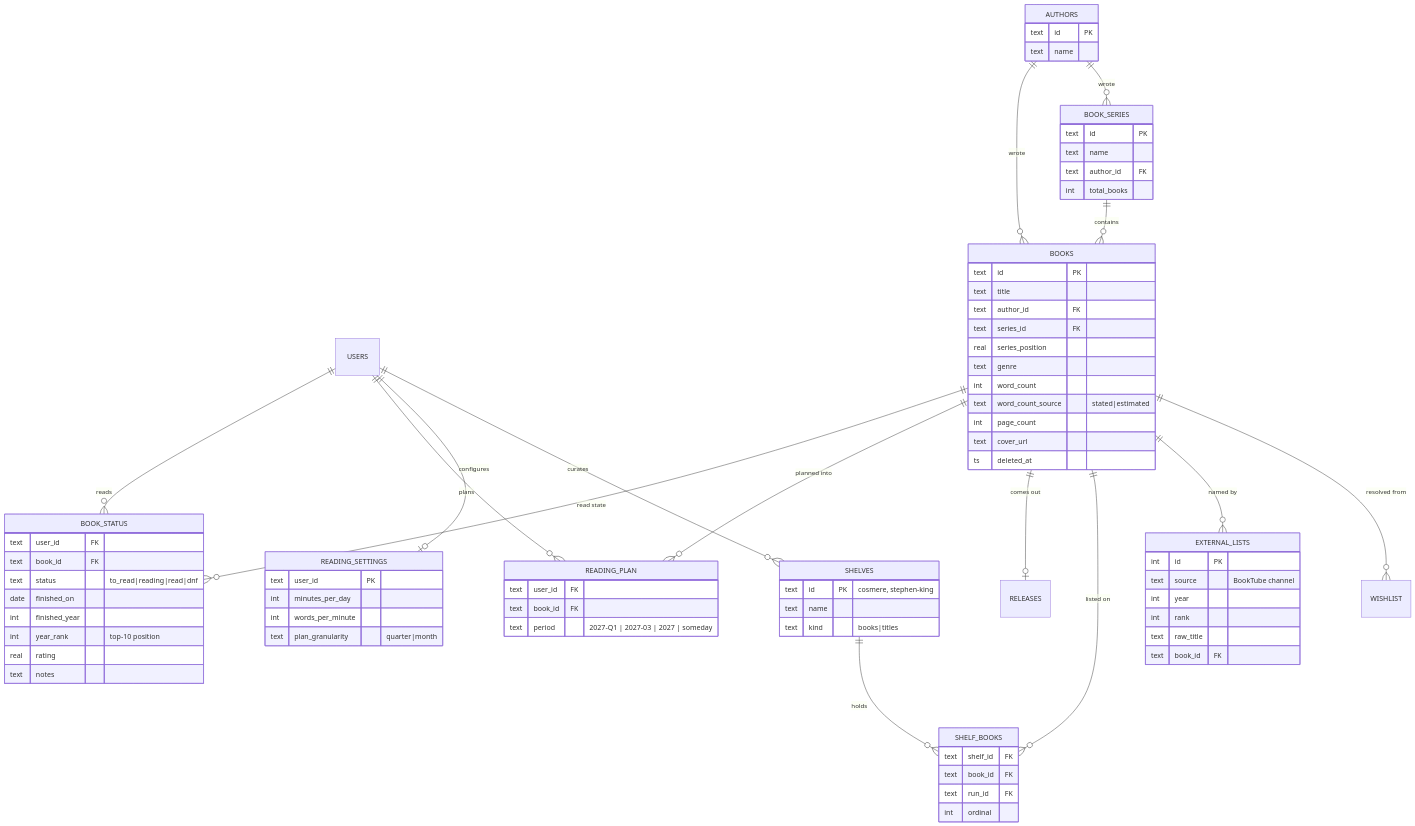
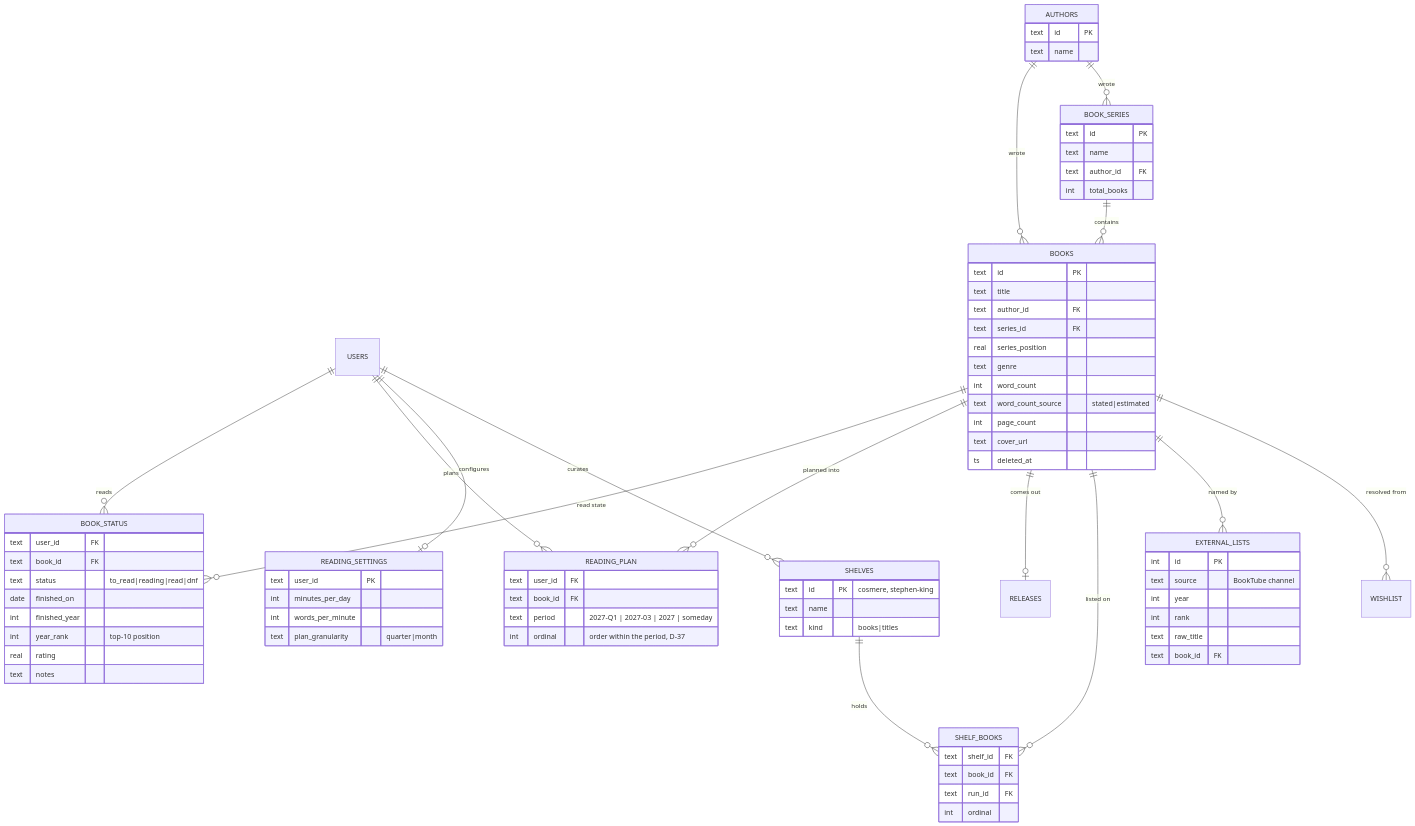
The second of 14 diagrams in docs/DIAGRAMS.md (jtillmanio/ledger), drawn with Mermaid before and after one commit. The commit also changed 8 other files, not shown here.

First line of the commit message:
docs: give each reading-plan period an authored order (D-37)

```diff
--- a/docs/DIAGRAMS.md
+++ b/docs/DIAGRAMS.md
@@ -196,6 +196,7 @@
         text user_id FK
         text book_id FK
         text period "2027-Q1 | 2027-03 | 2027 | someday"
+        int  ordinal "order within the period, D-37"
     }
     SHELVES {
         text id PK "cosmere, stephen-king"
```
